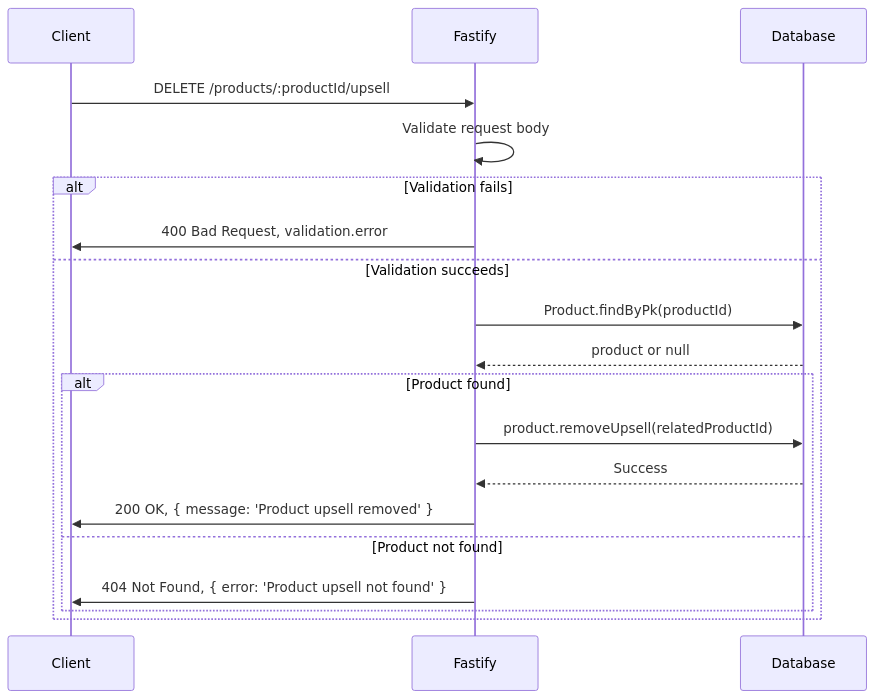
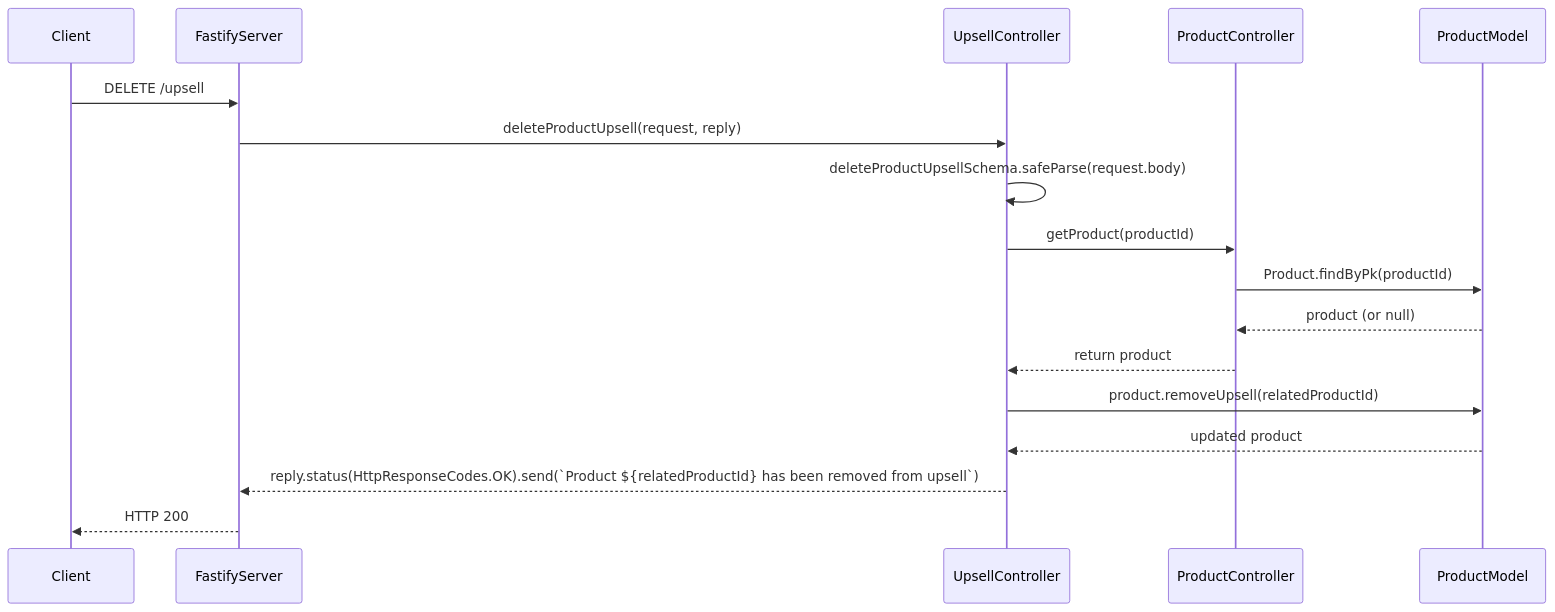
Before and after one commit to JohnsonJay/pos: the third of 3 diagrams in src/modules/upsell/README.md, drawn with Mermaid. The commit also changed other lines of this file, not shown here.

Commit message:
sequence diagrams for upsell module

````diff
--- a/src/modules/upsell/README.md
+++ b/src/modules/upsell/README.md
@@ -51,23 +43,21 @@
 ```mermaid
 sequenceDiagram
     participant Client
-    participant Fastify
-    participant Database
+    participant FastifyServer
+    participant UpsellController
+    participant ProductController
+    participant ProductModel
 
-    Client->>Fastify: DELETE /products/:productId/upsell
-    Fastify->>Fastify: Validate request body
-    alt Validation fails
-        Fastify->>Client: 400 Bad Request, validation.error
-    else Validation succeeds
-        Fastify->>Database: Product.findByPk(productId)
-        Database-->>Fastify: product or null
-        alt Product found
-            Fastify->>Database: product.removeUpsell(relatedProductId)
-            Database-->>Fastify: Success
-            Fastify->>Client: 200 OK, { message: 'Product upsell removed' }
-        else Product not found
-            Fastify->>Client: 404 Not Found, { error: 'Product upsell not found' }
-        end
-    end
+    Client->>FastifyServer: DELETE /upsell
+    FastifyServer->>UpsellController: deleteProductUpsell(request, reply)
+    UpsellController->>UpsellController: deleteProductUpsellSchema.safeParse(request.body)
+    UpsellController->>ProductController: getProduct(productId)
+    ProductController->>ProductModel: Product.findByPk(productId)
+    ProductModel-->>ProductController: product (or null)
+    ProductController-->>UpsellController: return product
+    UpsellController->>ProductModel: product.removeUpsell(relatedProductId)
+    ProductModel-->>UpsellController: updated product
+    UpsellController-->>FastifyServer: reply.status(HttpResponseCodes.OK).send(`Product ${relatedProductId} has been removed from upsell`)
+    FastifyServer-->>Client: HTTP 200
 
 ```
````
